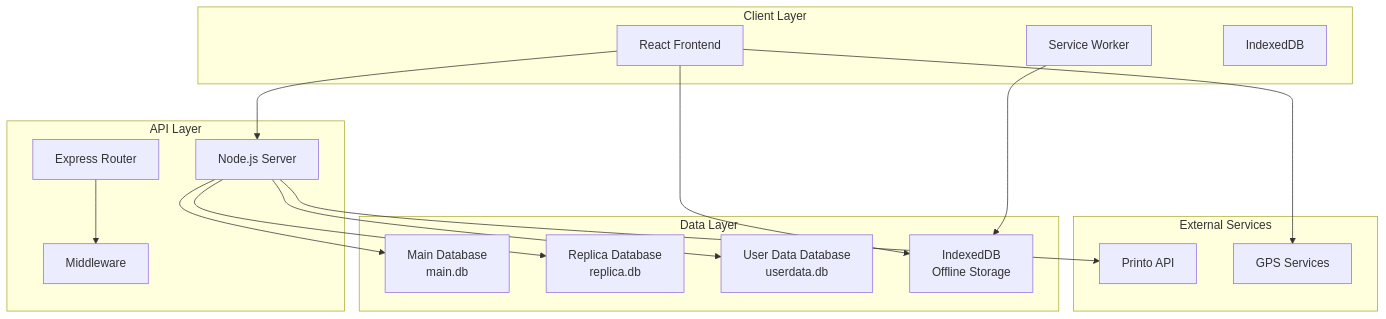
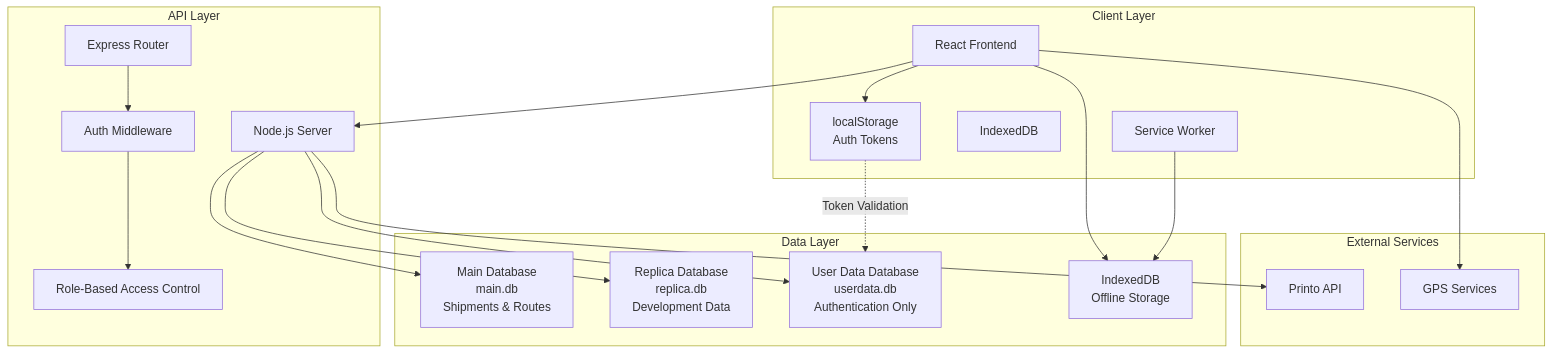
The first of 2 diagrams in docs/system-architecture.md (printo/RiderPro), drawn with Mermaid before and after one commit. The commit also changed other lines of this file and 7 other files, not shown here.

First line of the commit message:
Update authentication system and database schema for improved efficiency

````diff
--- a/docs/system-architecture.md
+++ b/docs/system-architecture.md
@@ -9,36 +9,41 @@
 ```mermaid
 graph TB
     subgraph "Client Layer"
         A[React Frontend]
         B[Service Worker]
         C[IndexedDB]
+        D[localStorage<br/>Auth Tokens]
     end
     
     subgraph "API Layer"
-        D[Node.js Server]
-        E[Express Router]
-        F[Middleware]
+        E[Node.js Server]
+        F[Express Router]
+        G[Auth Middleware]
+        H[Role-Based Access Control]
     end
     
     subgraph "External Services"
-        G[Printo API]
-        H[GPS Services]
+        I[Printo API]
+        J[GPS Services]
     end
     
     subgraph "Data Layer"
-        I[Main Database<br/>main.db]
-        J[Replica Database<br/>replica.db]
-        K[User Data Database<br/>userdata.db]
-        L[IndexedDB<br/>Offline Storage]
+        K[Main Database<br/>main.db<br/>Shipments & Routes]
+        L[Replica Database<br/>replica.db<br/>Development Data]
+        M[User Data Database<br/>userdata.db<br/>Authentication Only]
+        N[IndexedDB<br/>Offline Storage]
     end
     
+    A --> E
+    A --> N
     A --> D
-    A --> L
-    B --> L
-    D --> I
-    D --> J
-    D --> K
-    D --> G
-    E --> F
-    A --> H
+    B --> N
+    E --> K
+    E --> L
+    E --> M
+    E --> I
+    F --> G
+    G --> H
+    A --> J
+    D -.->|Token Validation| M
 ```
````
